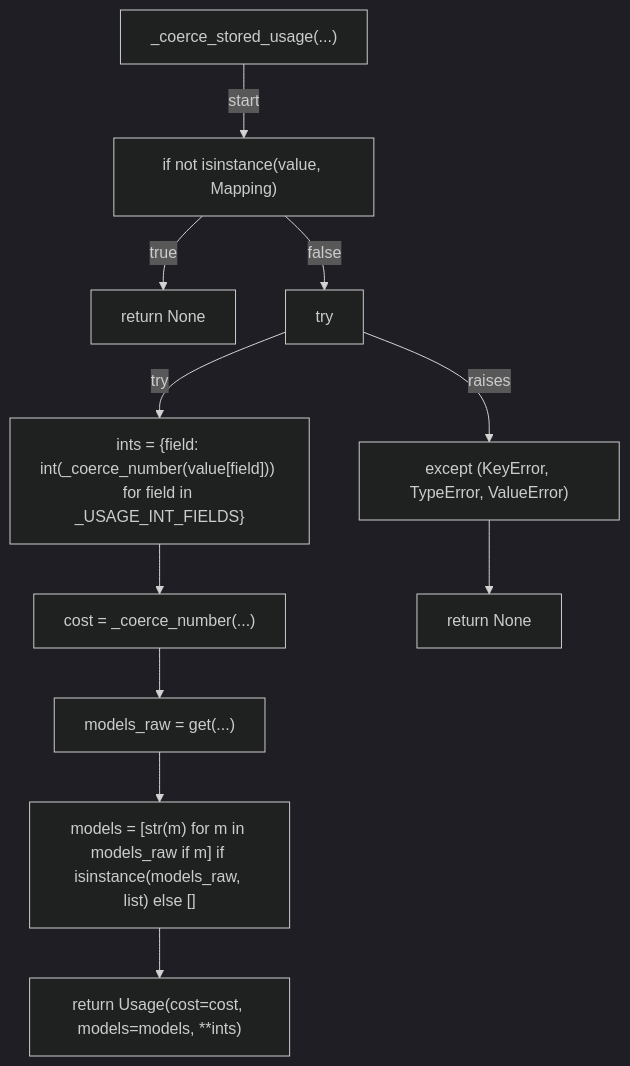
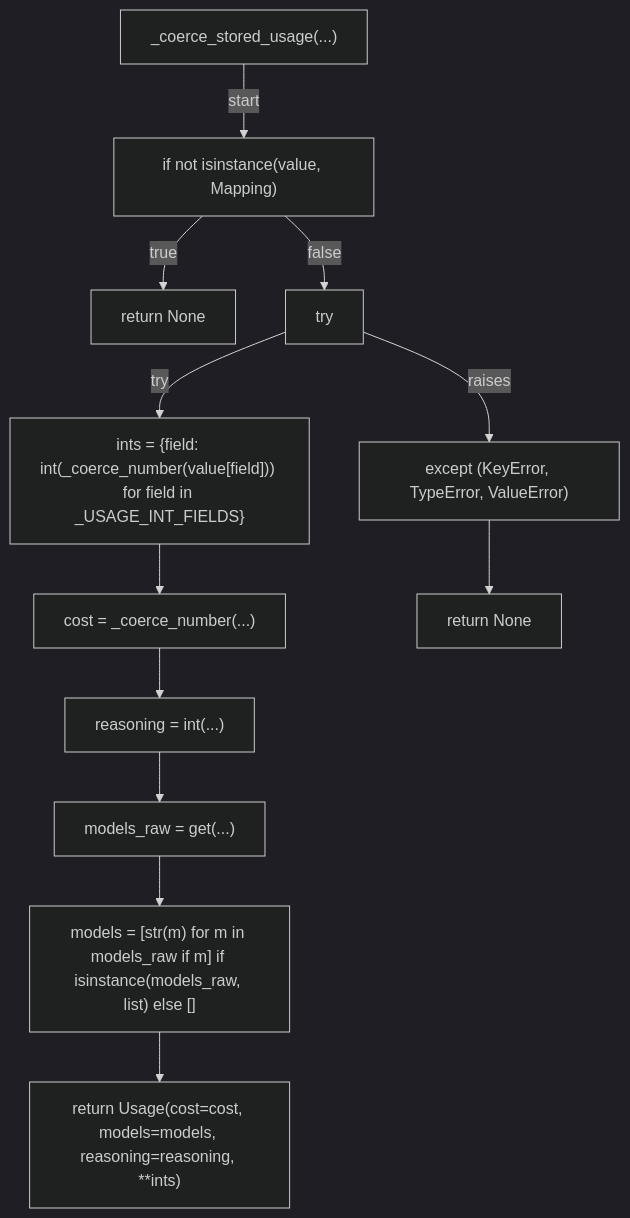
Before and after one commit to tvna/claude-md: the fourth of 19 diagrams in docs/generated/scripts/ast/session_resource_report.md, drawn with Mermaid (dark theme). The commit also changed other lines of this file, not shown here.

First line of the commit message:
docs(generated): regenerate decision tree and workflow diagrams

````diff
--- a/docs/generated/scripts/ast/session_resource_report.md
+++ b/docs/generated/scripts/ast/session_resource_report.md
@@ -102,24 +102,26 @@
 ```mermaid
 flowchart TD
     N001["_coerce_stored_usage(...)"]
     N002["if not isinstance(value, Mapping)"]
     N003["return None"]
     N004["try"]
     N005["ints = {field: int(_coerce_number(value[field])) for field in _USAGE_INT_FIELDS}"]
     N006["cost = _coerce_number(...)"]
-    N007["except (KeyError, TypeError, ValueError)"]
-    N008["return None"]
-    N009["models_raw = get(...)"]
-    N010["models = [str(m) for m in models_raw if m] if isinstance(models_raw, list) else []"]
-    N011["return Usage(cost=cost, models=models, **ints)"]
+    N007["reasoning = int(...)"]
+    N008["except (KeyError, TypeError, ValueError)"]
+    N009["return None"]
+    N010["models_raw = get(...)"]
+    N011["models = [str(m) for m in models_raw if m] if isinstance(models_raw, list) else []"]
+    N012["return Usage(cost=cost, models=models, reasoning=reasoning, **ints)"]
     N001 -->|"start"| N002
     N002 -->|"true"| N003
     N002 -->|"false"| N004
     N004 -->|"try"| N005
     N005 --> N006
-    N004 -->|"raises"| N007
-    N007 --> N008
-    N006 --> N009
-    N009 --> N010
+    N006 --> N007
+    N004 -->|"raises"| N008
+    N008 --> N009
+    N007 --> N010
     N010 --> N011
+    N011 --> N012
 ```
````
